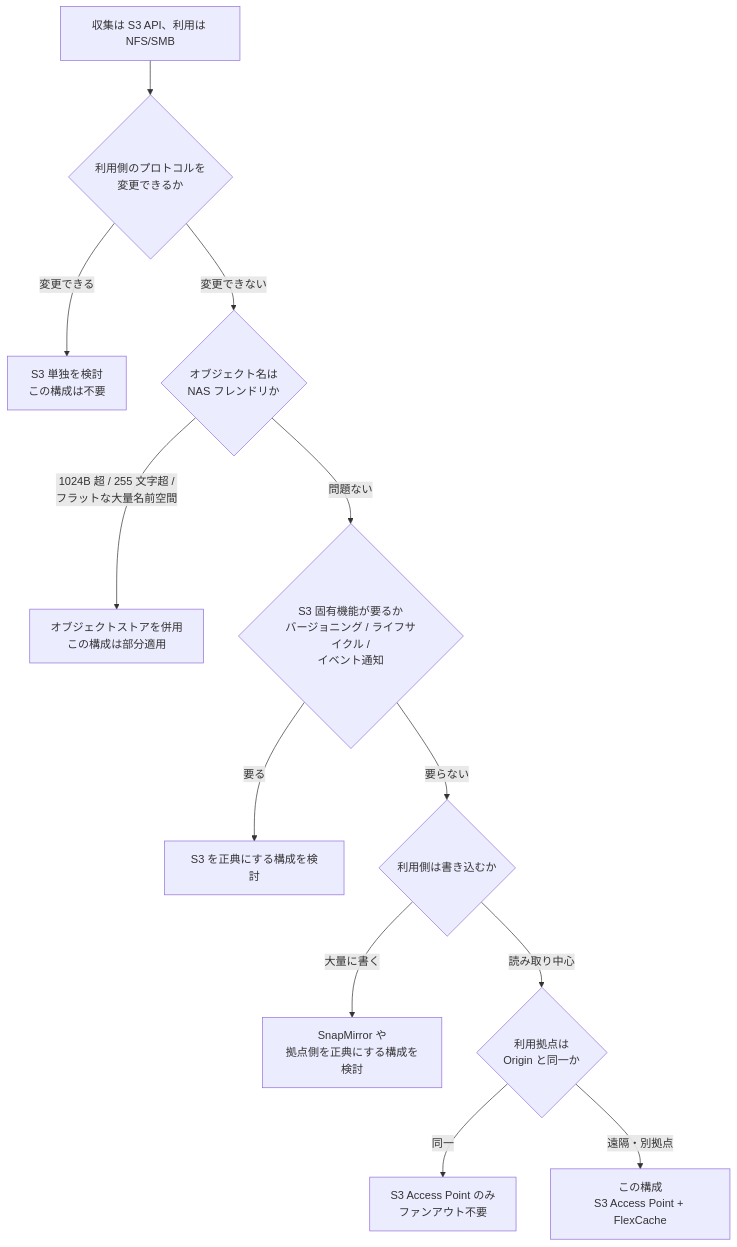
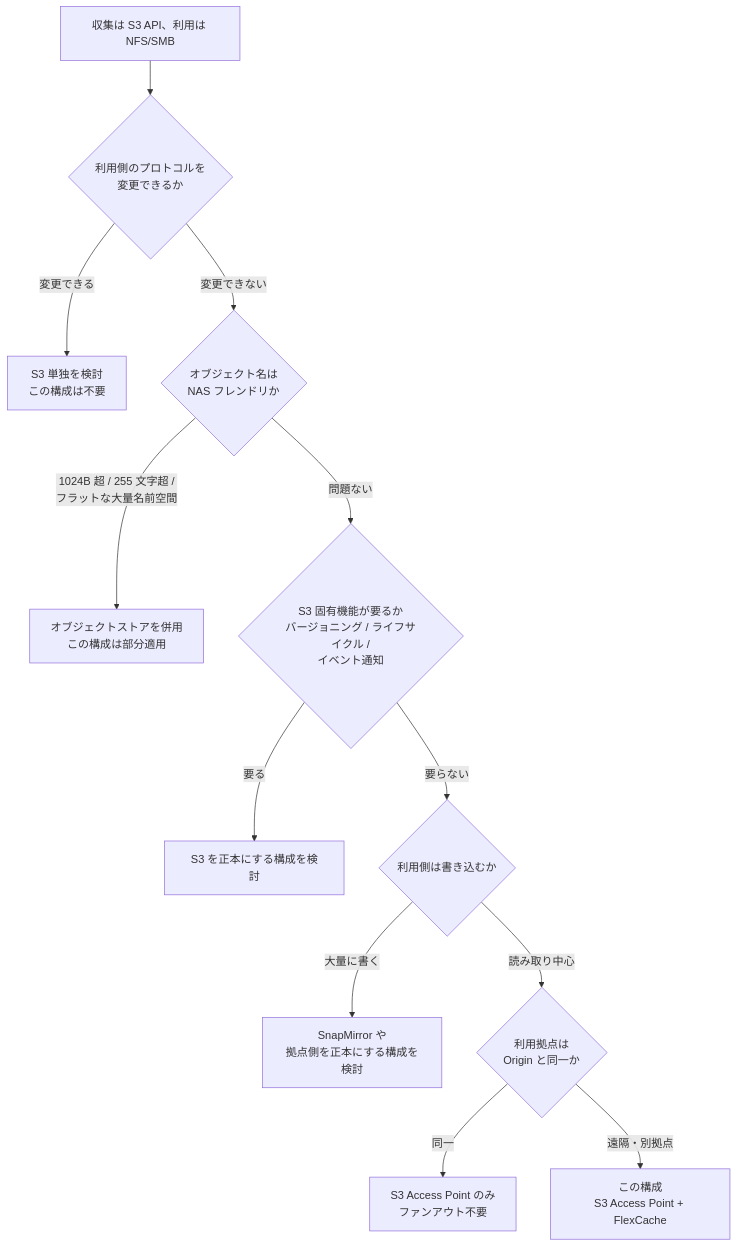
The diagram in docs/ja/reference/decision-trees/choosing-this-architecture.md (Yoshiki0705/S3-Burst-on-ONTAP-Files), drawn with Mermaid before and after one commit. The commit also changed other lines of this file and 15 other files, not shown here.

````diff
--- a/docs/ja/reference/decision-trees/choosing-this-architecture.md
+++ b/docs/ja/reference/decision-trees/choosing-this-architecture.md
@@ -9,14 +9,14 @@
 ```mermaid
 flowchart TD
     A[収集は S3 API、利用は NFS/SMB] --> B{利用側のプロトコルを<br/>変更できるか}
     B -->|変更できる| C[S3 単独を検討<br/>この構成は不要]
     B -->|変更できない| D{オブジェクト名は<br/>NAS フレンドリか}
     D -->|1024B 超 / 255 文字超 /<br/>フラットな大量名前空間| E[オブジェクトストアを併用<br/>この構成は部分適用]
     D -->|問題ない| F{S3 固有機能が要るか<br/>バージョニング / ライフサイクル /<br/>イベント通知}
-    F -->|要る| G[S3 を正典にする構成を検討]
+    F -->|要る| G[S3 を正本にする構成を検討]
     F -->|要らない| H{利用側は書き込むか}
-    H -->|大量に書く| I[SnapMirror や<br/>拠点側を正典にする構成を検討]
+    H -->|大量に書く| I[SnapMirror や<br/>拠点側を正本にする構成を検討]
     H -->|読み取り中心| J{利用拠点は<br/>Origin と同一か}
     J -->|同一| K[S3 Access Point のみ<br/>ファンアウト不要]
     J -->|遠隔・別拠点| L[この構成<br/>S3 Access Point + FlexCache]
 ```
````
